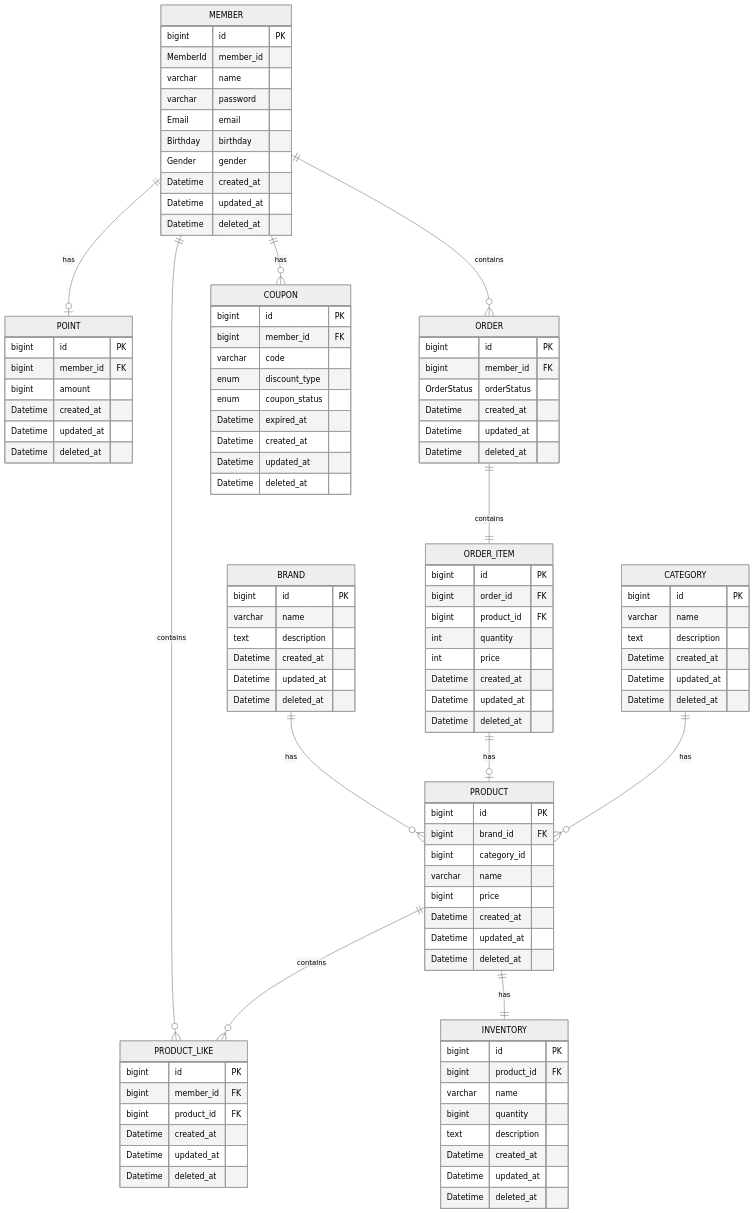
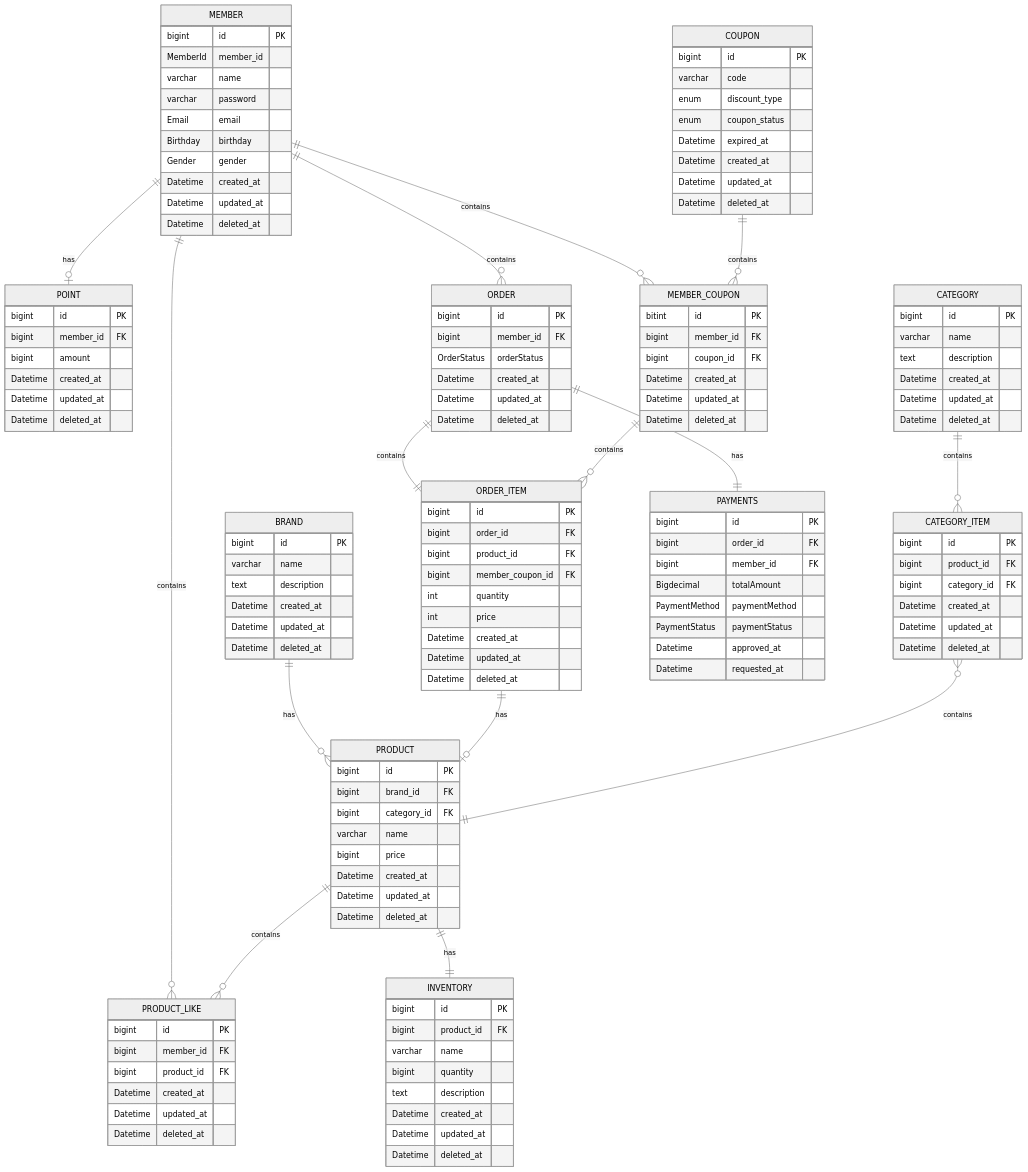
The diagram in docs/design/04-erd.md (impwy/loopers-ecommerce), drawn with Mermaid (neutral theme) before and after one commit.

Commit message:
refactor: erd 수정

````diff
--- a/docs/design/04-erd.md
+++ b/docs/design/04-erd.md
@@ -48,6 +48,7 @@
         bigint id PK
         bigint order_id FK
         bigint product_id FK
+        bigint member_coupon_id FK
         int quantity
         int price
         
@@ -59,7 +60,7 @@
     PRODUCT {
         bigint id PK
         bigint brand_id FK
-        bigint category_id
+        bigint category_id FK
         varchar name
         bigint price
         
@@ -72,6 +73,16 @@
         bigint id PK
         varchar name
         text description
+
+        Datetime created_at
+        Datetime updated_at
+        Datetime deleted_at
+    }
+    
+    CATEGORY_ITEM {
+        bigint id PK
+        bigint product_id FK
+        bigint category_id FK
 
         Datetime created_at
         Datetime updated_at
@@ -100,9 +111,18 @@
         Datetime deleted_at
     }
     
+    MEMBER_COUPON {
+        bitint id PK
+        bigint member_id FK
+        bigint coupon_id FK
+
+        Datetime created_at
+        Datetime updated_at
+        Datetime deleted_at
+    }
+    
     COUPON {
         bigint id PK
-        bigint member_id FK
         varchar code
         enum discount_type
         enum coupon_status
@@ -113,14 +133,30 @@
         Datetime deleted_at
     }
     
+    PAYMENTS {
+        bigint id PK
+        bigint order_id FK
+        bigint member_id FK
+        Bigdecimal totalAmount
+        PaymentMethod paymentMethod
+        PaymentStatus paymentStatus
+
+        Datetime approved_at
+        Datetime requested_at
+    }
+    
     MEMBER ||--o| POINT : has
     MEMBER ||--o{ PRODUCT_LIKE : contains
     MEMBER ||--o{ ORDER : contains
-    MEMBER ||--o{ COUPON : has
+    MEMBER ||--o{ MEMBER_COUPON : contains
+    COUPON ||--o{ MEMBER_COUPON : contains
     ORDER ||--|| ORDER_ITEM : contains
     PRODUCT ||--o{ PRODUCT_LIKE : contains
     BRAND ||--o{ PRODUCT : has
     ORDER_ITEM ||--o| PRODUCT : has
     PRODUCT ||--|| INVENTORY : has
-    CATEGORY ||--o{ PRODUCT : has
+    CATEGORY ||--o{ CATEGORY_ITEM : contains
+    CATEGORY_ITEM }o-- || PRODUCT : contains
+    ORDER ||--|| PAYMENTS : has
+    MEMBER_COUPON ||--o{ ORDER_ITEM : contains
 ```
````
